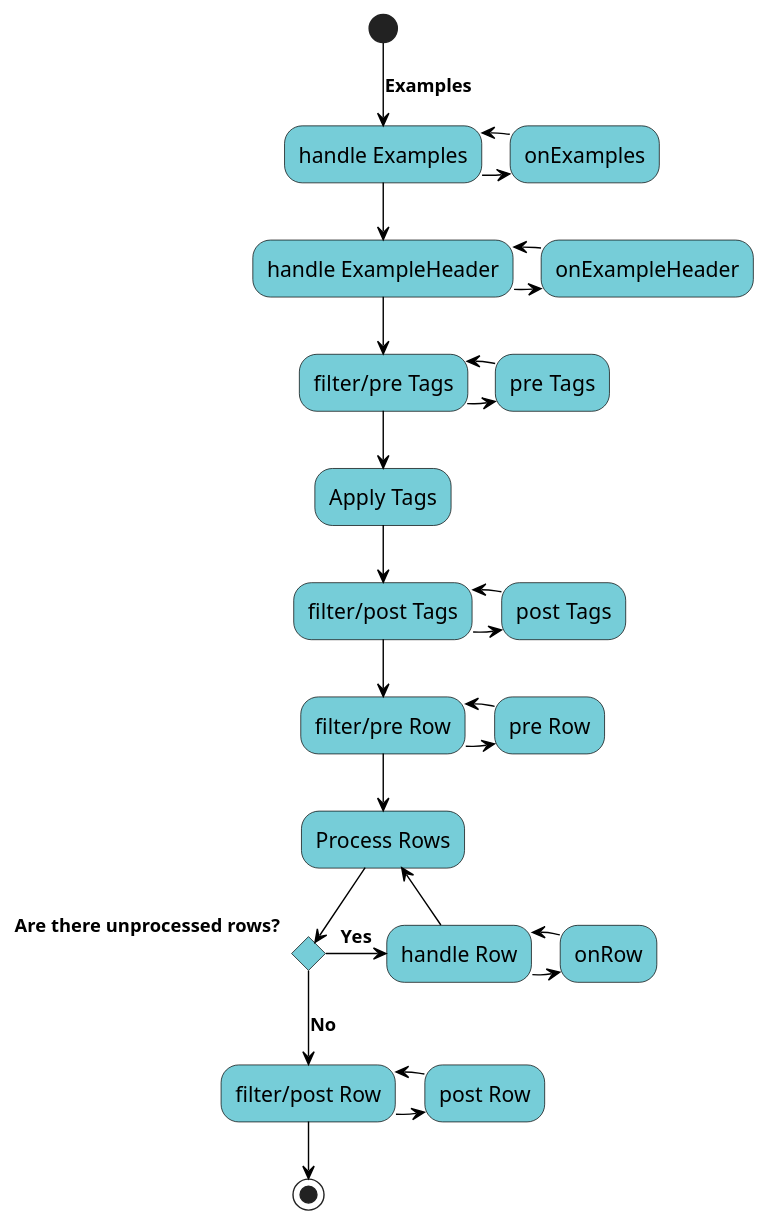
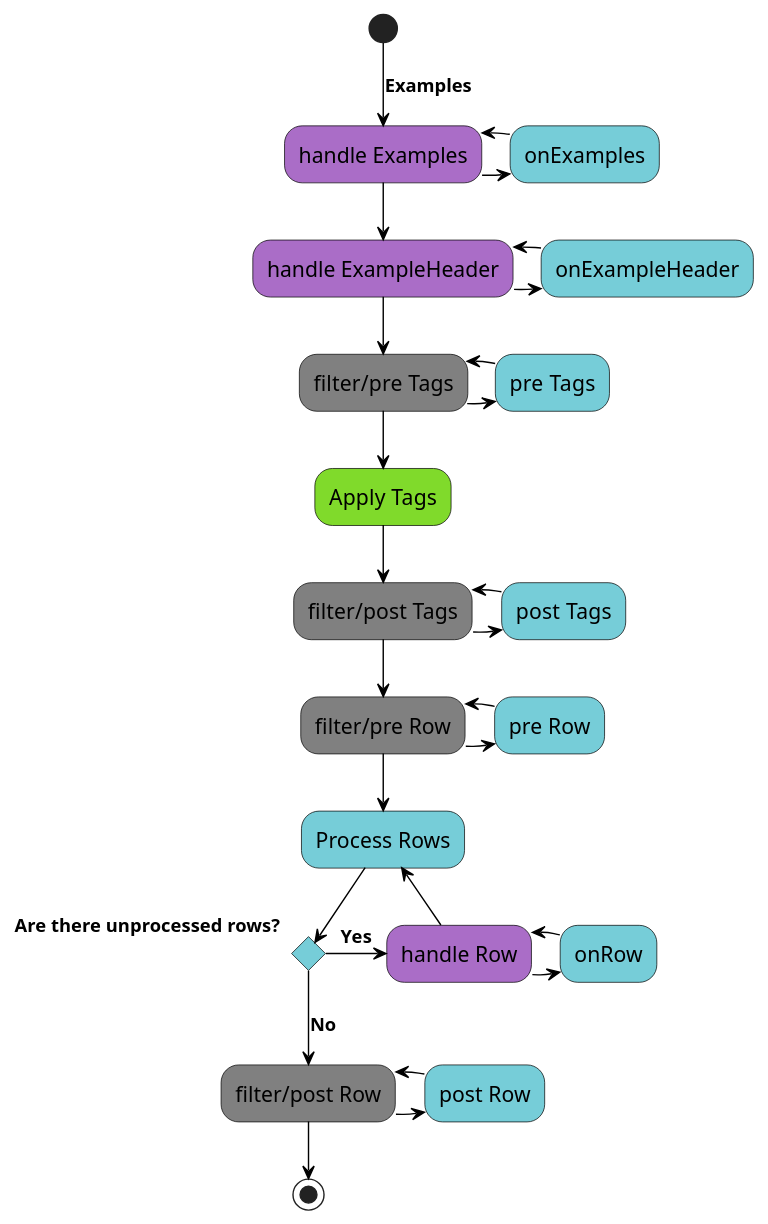
Before and after one commit to gherking/gherking-docs: the diagram in src/data/example.puml, drawn with PlantUML. The commit also changed 10 other files, not shown here.

Commit message:
plantuml visualization of the precompiler

```diff
--- a/src/data/example.puml
+++ b/src/data/example.puml
@@ -1,39 +1,42 @@
 @startuml
 skinparam activity {
 BackgroundColor #76CDD8
+BackgroundColor<<apply>> #80DA2B
+BackgroundColor<<filter>> #808080
+BackgroundColor<<handle>> #AA6DC7
 ArrowColor black
 ArrowFontSize 13
 ArrowFontStyle bold
 ArrowFontName Segoe UI
 BorderColor black
 FontName Segoe UI
 FontSize 15
 }
 (*) -->[Examples] "handle Examples"
 -right-> "onExamples"
--left-> "handle Examples"
---> "handle ExampleHeader"
+-left-> "handle Examples" <<handle>>
+--> "handle ExampleHeader" <<handle>>
 -right-> "onExampleHeader"
 -left-> "handle ExampleHeader"
---> "filter/pre Tags"
+--> "filter/pre Tags" <<filter>>
 -right-> "pre Tags"
 -left-> "filter/pre Tags"
---> "Apply Tags"
---> "filter/post Tags"
+--> "Apply Tags" <<apply>>
+--> "filter/post Tags" <<filter>>
 -right-> "post Tags"
 -left-> "filter/post Tags"
---> "filter/pre Row"
+--> "filter/pre Row" <<filter>>
 -right-> "pre Row"
--left-> "filter/pre Row"
+-left-> "filter/pre Row" <<filter>>
 --> "Process Rows"
 If "Are there unprocessed rows?"
--right-> [Yes] "handle Row"
+-right-> [Yes] "handle Row" <<handle>>
 -right-> "onRow"
 -left-> "handle Row"
 -left-> "Process Rows"
 else
---> [No] "filter/post Row"
+--> [No] "filter/post Row" <<filter>>
 -right-> "post Row"
--left-> "filter/post Row"
+-left-> "filter/post Row" <<filter>>
 --> (*)
 @enduml
```
